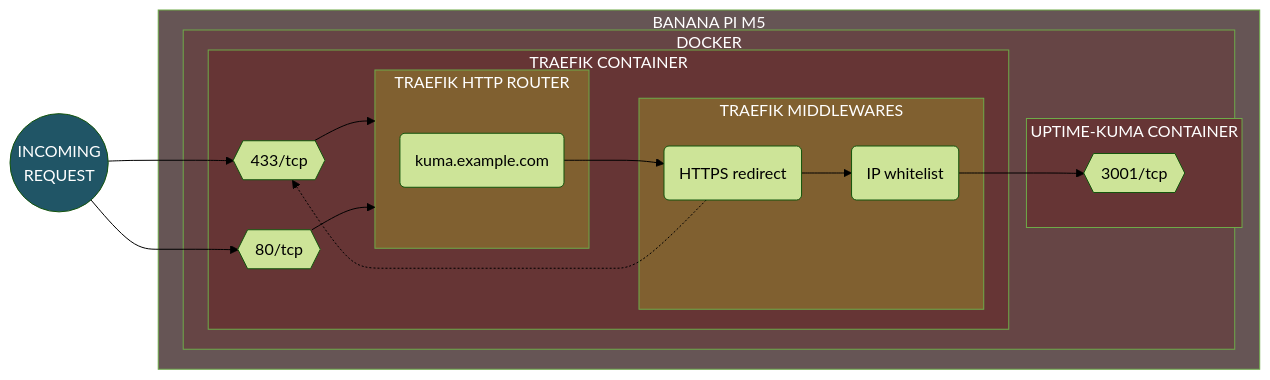
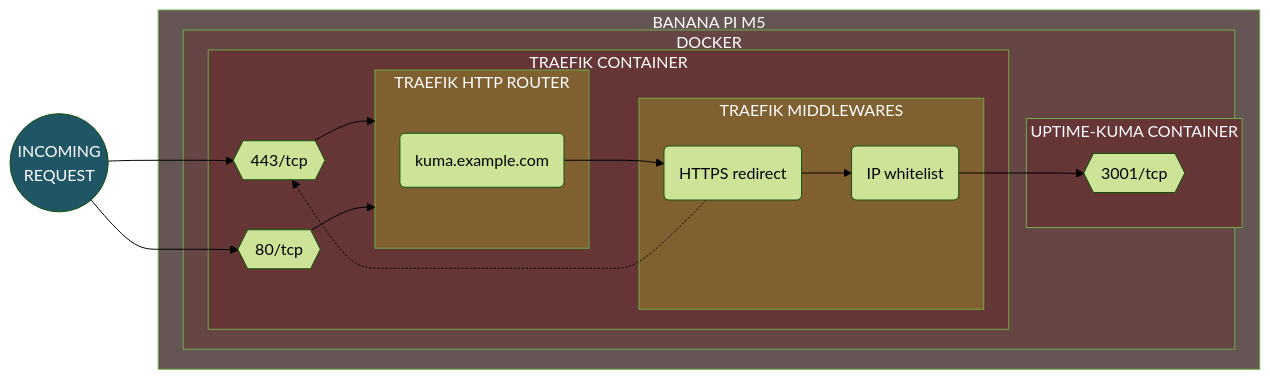
Before and after one commit to Yann39/self-hosted: diagram 15 of 20 in README.md, drawn with Mermaid (forest theme). The commit also changed other lines of this file, not shown here.

Commit message:
fixed port 433 instead of 443 in the readme, and added a caution notice at the top to highlight the new repository

````diff
--- a/README.md
+++ b/README.md
@@ -3617,47 +3627,47 @@
 ```mermaid
 flowchart LR
     style INCOMING_REQUEST fill:#205566,color:#fff
     style TRAEFIK_CONTAINER fill:#663535,color:#fff
     style APP_CONTAINER fill:#663535,color:#fff
     style TRAEFIK_ROUTER fill:#806030,color:#fff
     style TRAEFIK_MIDDLEWARE fill:#806030,color:#fff
     style SINGLE_BOARD_COMPUTER fill:#665555,color:#fff
     style CONTAINER_ENGINE fill:#664545,color:#fff
-    DOCKER_TRAEFIK_PORT443{{433/tcp}}
+    DOCKER_TRAEFIK_PORT443{{443/tcp}}
     DOCKER_TRAEFIK_PORT80{{80/tcp}}
     DOCKER_APP_PORT{{3001/tcp}}
     TRAEFIK_ROUTER_APP(kuma.example.com)
     TRAEFIK_MIDDLEWARE_REDIRECT(HTTPS redirect)
     TRAEFIK_MIDDLEWARE_IP_WHITELIST(IP whitelist)
     INCOMING_REQUEST((INCOMING<br/>REQUEST))
     INCOMING_REQUEST --> DOCKER_TRAEFIK_PORT443
     INCOMING_REQUEST --> DOCKER_TRAEFIK_PORT80
 
     subgraph SINGLE_BOARD_COMPUTER[BANANA PI M5]
         subgraph CONTAINER_ENGINE[DOCKER]
             subgraph APP_CONTAINER[UPTIME-KUMA CONTAINER]
                 DOCKER_APP_PORT
             end
 
             subgraph TRAEFIK_CONTAINER[TRAEFIK CONTAINER]
                 DOCKER_TRAEFIK_PORT443 --> TRAEFIK_ROUTER
                 DOCKER_TRAEFIK_PORT80 --> TRAEFIK_ROUTER
 
                 subgraph TRAEFIK_ROUTER[TRAEFIK HTTP ROUTER]
                     TRAEFIK_ROUTER_APP
                 end
 
                 subgraph TRAEFIK_MIDDLEWARE[TRAEFIK MIDDLEWARES]
                     TRAEFIK_MIDDLEWARE_REDIRECT
                     TRAEFIK_MIDDLEWARE_IP_WHITELIST
                 end
 
                 TRAEFIK_MIDDLEWARE_REDIRECT --> TRAEFIK_MIDDLEWARE_IP_WHITELIST
                 TRAEFIK_MIDDLEWARE_REDIRECT -.-> DOCKER_TRAEFIK_PORT443
                 TRAEFIK_MIDDLEWARE_IP_WHITELIST --> DOCKER_APP_PORT
                 TRAEFIK_ROUTER_APP --> TRAEFIK_MIDDLEWARE_REDIRECT
             end
 
         end
     end
 ```
````
